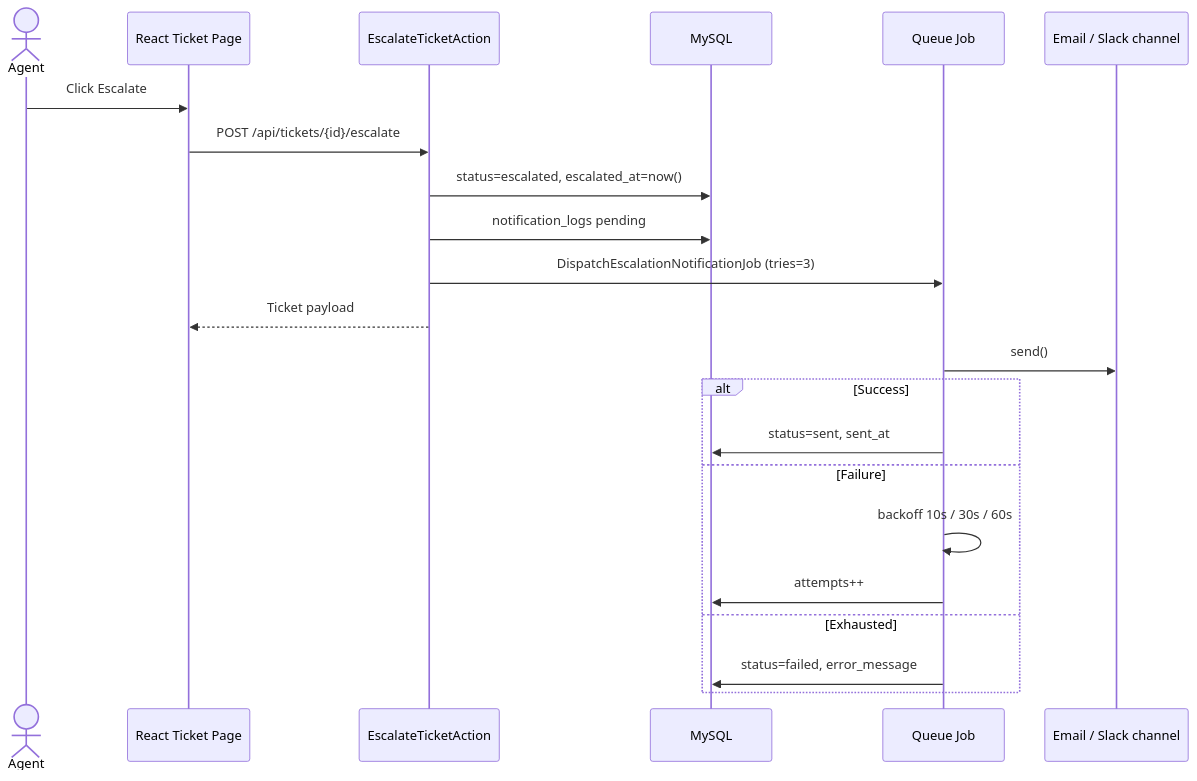
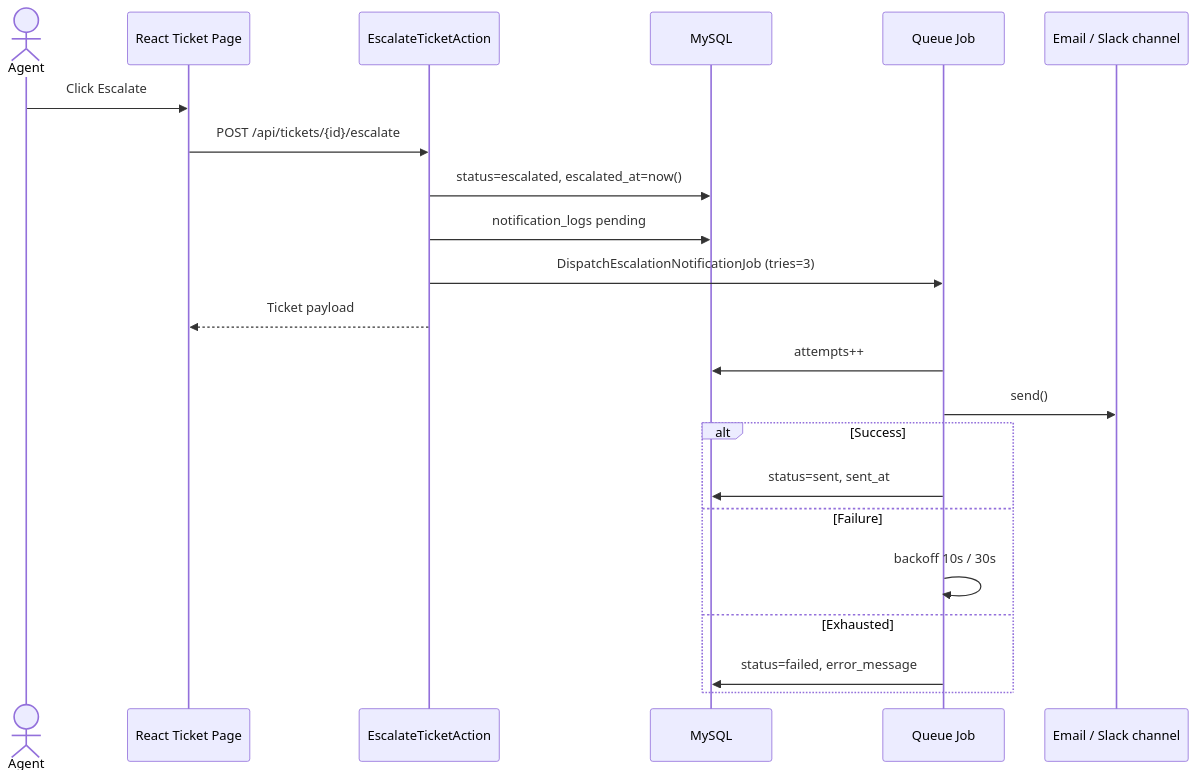
One commit to St0ckfish/flojics changed the diagram in README.md. Above: the diagram before and after it, drawn with Mermaid. The commit also changed other lines of this file and 23 other files, not shown here.

````diff
--- a/README.md
+++ b/README.md
@@ -20,25 +20,25 @@
 ```mermaid
 sequenceDiagram
     actor Agent
     participant UI as React Ticket Page
     participant API as EscalateTicketAction
     participant DB as MySQL
     participant Q as Queue Job
     participant Ch as Email / Slack channel
 
     Agent->>UI: Click Escalate
     UI->>API: POST /api/tickets/{id}/escalate
     API->>DB: status=escalated, escalated_at=now()
     API->>DB: notification_logs pending
     API->>Q: DispatchEscalationNotificationJob (tries=3)
     API-->>UI: Ticket payload
+    Q->>DB: attempts++
     Q->>Ch: send()
     alt Success
         Q->>DB: status=sent, sent_at
     else Failure
-        Q->>Q: backoff 10s / 30s / 60s
-        Q->>DB: attempts++
+        Q->>Q: backoff 10s / 30s
     else Exhausted
         Q->>DB: status=failed, error_message
     end
 ```
````
